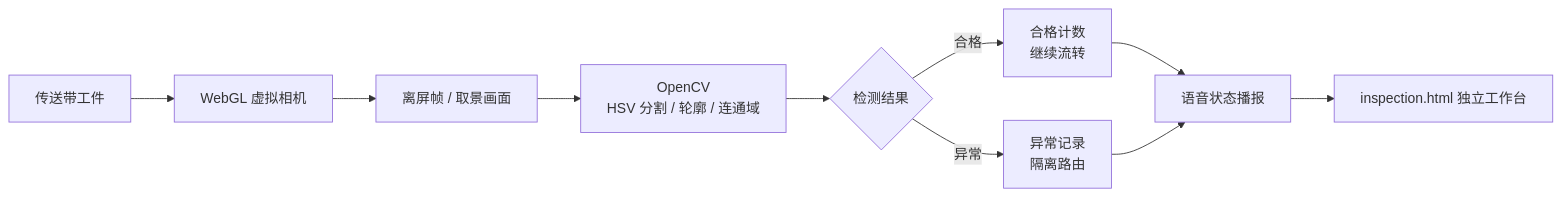
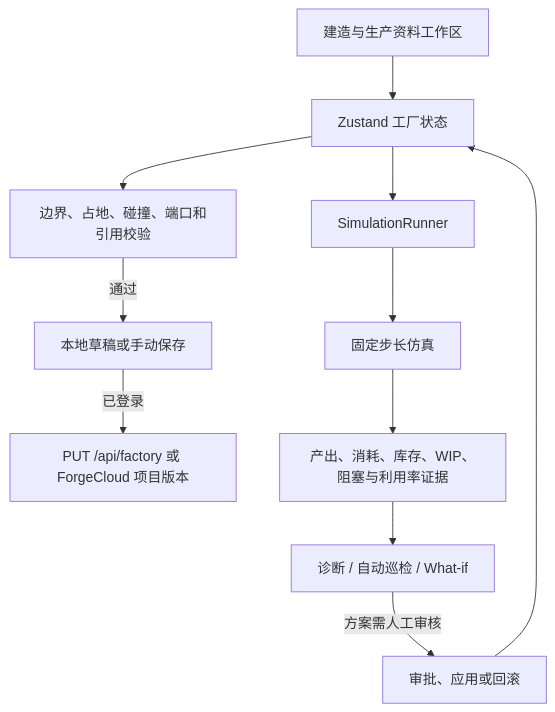
The sixth of 9 diagrams in README.md (YJsnz/forgemind), drawn with Mermaid before and after one commit. The commit also changed other lines of this file and 694 other files, not shown here.

````diff
--- a/README.md
+++ b/README.md
@@ -205,12 +238,13 @@
 ```mermaid
-flowchart LR
-    Part[传送带工件] --> Camera[WebGL 虚拟相机]
-    Camera --> Frame[离屏帧 / 取景画面]
-    Frame --> CV[OpenCV<br/>HSV 分割 / 轮廓 / 连通域]
-    CV --> Result{检测结果}
-    Result -->|合格| Pass[合格计数<br/>继续流转]
-    Result -->|异常| Fail[异常记录<br/>隔离路由]
-    Pass --> Voice[语音状态播报]
-    Fail --> Voice
-    Voice --> Workbench[inspection.html 独立工作台]
+flowchart TD
+    edit[建造与生产资料工作区] --> stateEdit[Zustand 工厂状态]
+    stateEdit --> guard[边界、占地、碰撞、端口和引用校验]
+    guard -->|通过| snapshotSave[本地草稿或手动保存]
+    snapshotSave -->|已登录| backendSave[PUT /api/factory 或 ForgeCloud 项目版本]
+    stateEdit --> simRun[SimulationRunner]
+    simRun --> deterministic[固定步长仿真]
+    deterministic --> evidence[产出、消耗、库存、WIP、阻塞与利用率证据]
+    evidence --> diagnosis[诊断 / 自动巡检 / What-if]
+    diagnosis -->|方案需人工审核| approval[审批、应用或回滚]
+    approval --> stateEdit
 ```
````
